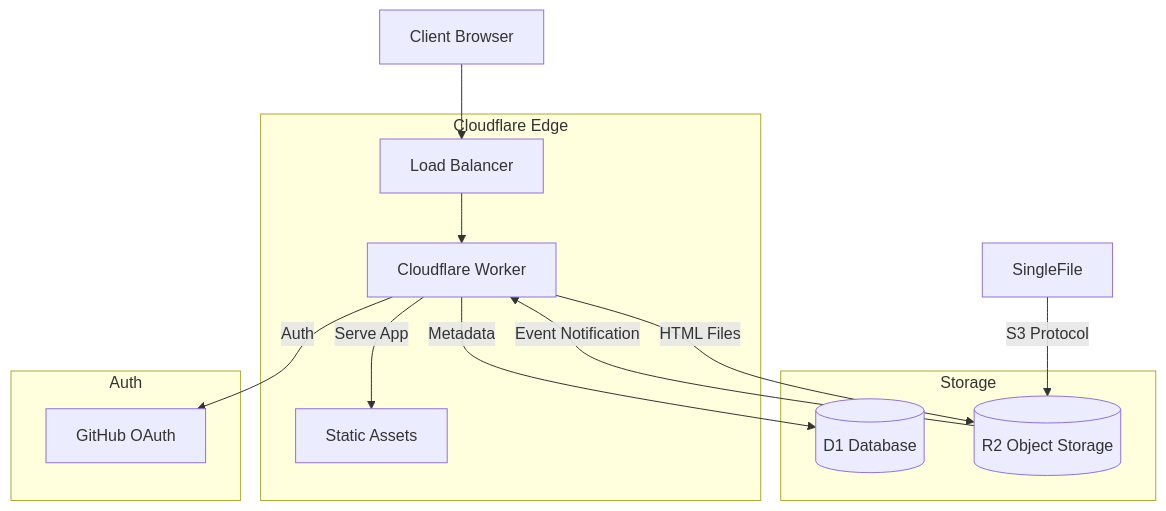
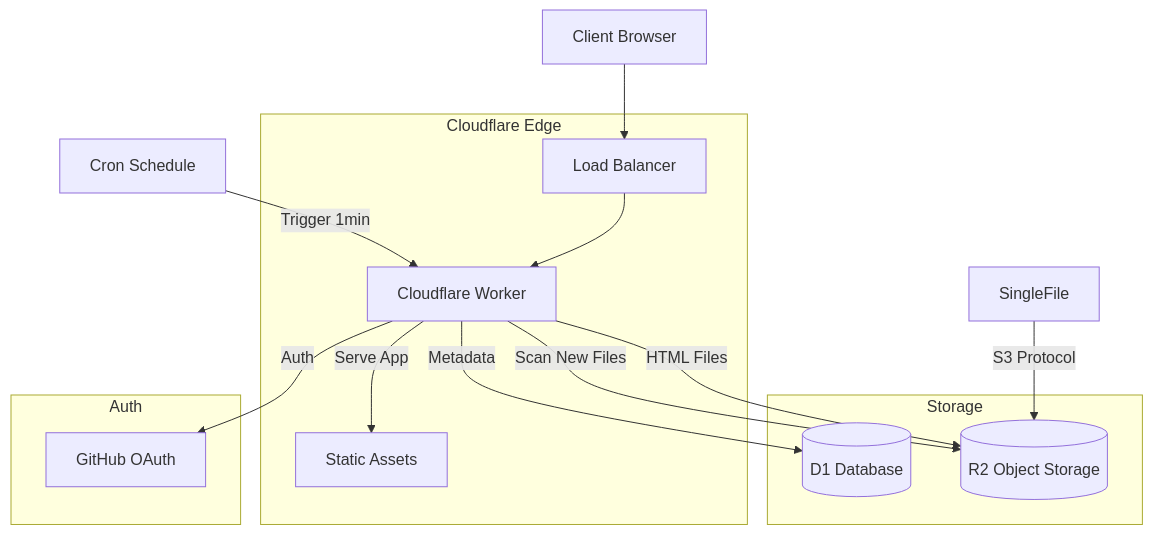
The diagram in 技术设计.md (gray0128/singlefile-share), drawn with Mermaid before and after one commit. The commit also changed other lines of this file and 15 other files, not shown here.

````diff
--- a/技术设计.md
+++ b/技术设计.md
@@ -7,28 +7,29 @@
 ```mermaid
 graph TD
     User[Client Browser]
     
     subgraph "Cloudflare Edge"
         LB[Load Balancer]
         Worker[Cloudflare Worker]
         Assets[Static Assets]
     end
     
     subgraph "Storage"
         D1[(D1 Database)]
         R2[(R2 Object Storage)]
     end
     
     subgraph "Auth"
         GitHub[GitHub OAuth]
     end
 
     User --> LB
     LB --> Worker
     Worker -->|Serve App| Assets
     Worker -->|Auth| GitHub
     Worker -->|Metadata| D1
     Worker -->|HTML Files| R2
     Extension[SingleFile] -->|S3 Protocol| R2
-    R2 -->|Event Notification| Worker
+    Cron[Cron Schedule] -->|Trigger 1min| Worker
+    Worker -->|Scan New Files| R2
 ```
````
